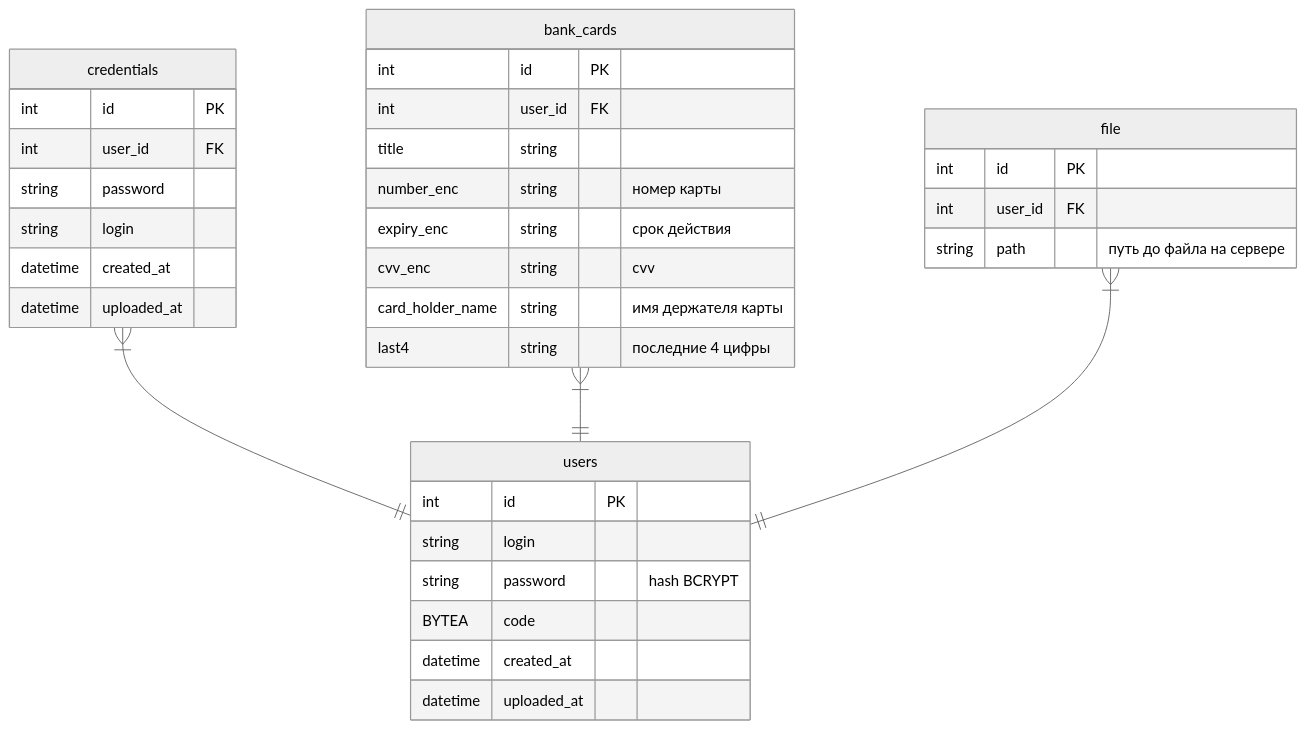
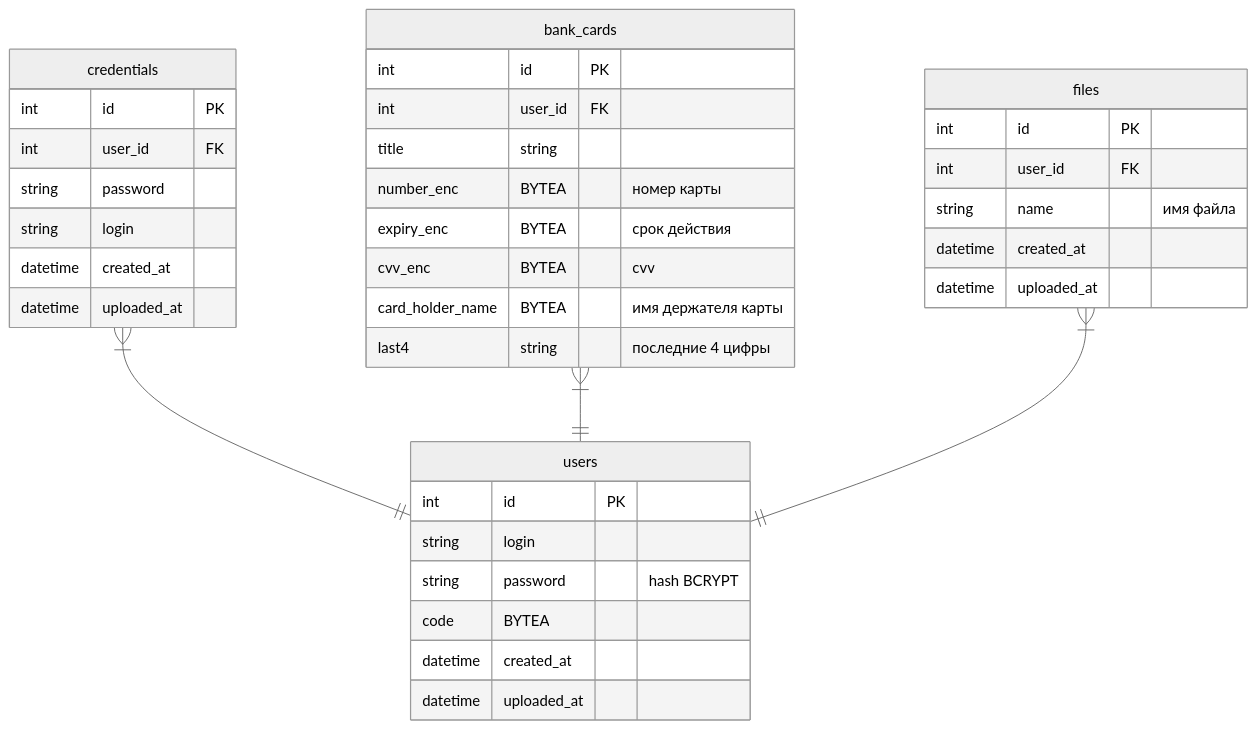
Before and after one commit to xboxser/GophKeeper: the diagram in doc/dm.md, drawn with Mermaid. The commit also changed 3 other files, not shown here.

````diff
--- a/doc/dm.md
+++ b/doc/dm.md
@@ -3,43 +3,45 @@
 ```mermaid
 ---
 config:
   theme: neutral
 ---
 erDiagram
 	direction TB
 	credentials {
 		int id PK ""  
         int user_id FK ""  
 		string password  ""  
         string login  ""  
 		datetime created_at  ""  
 		datetime uploaded_at  ""  
 	}
 	users {
 		int id PK ""  
 		string login  ""  
 		string password  "hash BCRYPT"  
-        BYTEA code  ""  
+        code BYTEA  ""  
 		datetime created_at  ""  
 		datetime uploaded_at  ""  
 	}
     bank_cards {
         int id PK ""  
         int user_id FK ""  
         title string  ""
-        number_enc string  "номер карты"  
-        expiry_enc string  "срок действия"
-        cvv_enc string  "cvv"
-        card_holder_name string  "имя держателя карты"
+        number_enc BYTEA  "номер карты"  
+        expiry_enc BYTEA  "срок действия"
+        cvv_enc BYTEA  "cvv"
+        card_holder_name BYTEA  "имя держателя карты"
         last4 string  "последние 4 цифры"
     }
-    file {
+    files {
         int id PK ""
         int user_id FK ""
-        string path "путь до файла на сервере"
+        string name "имя файла"
+        datetime created_at  ""  
+		datetime uploaded_at  ""  
     }
 	credentials}|--||users:"  "
     bank_cards}|--||users:"  "
-    file}|--||users:"  "
+    files}|--||users:"  "
 
 ```
````
